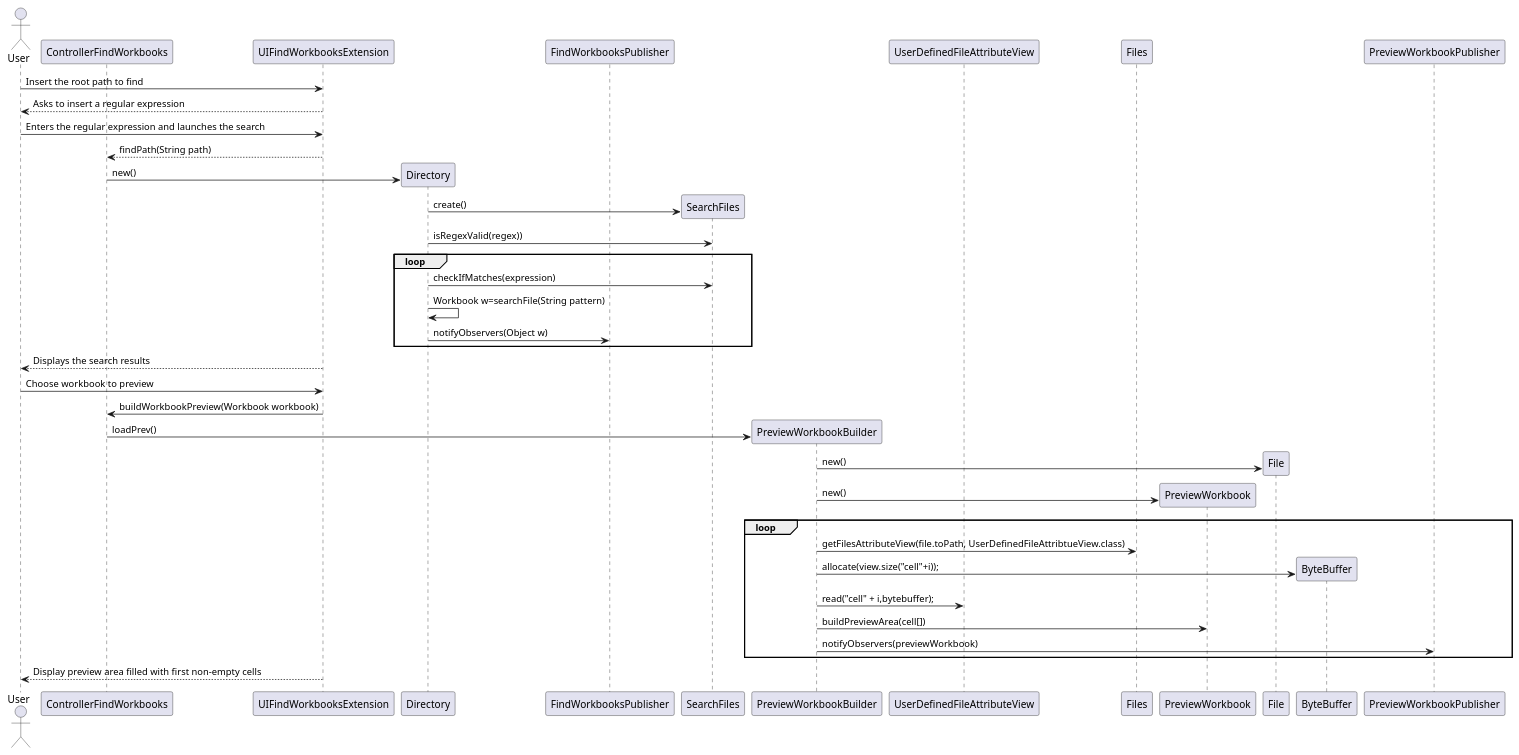
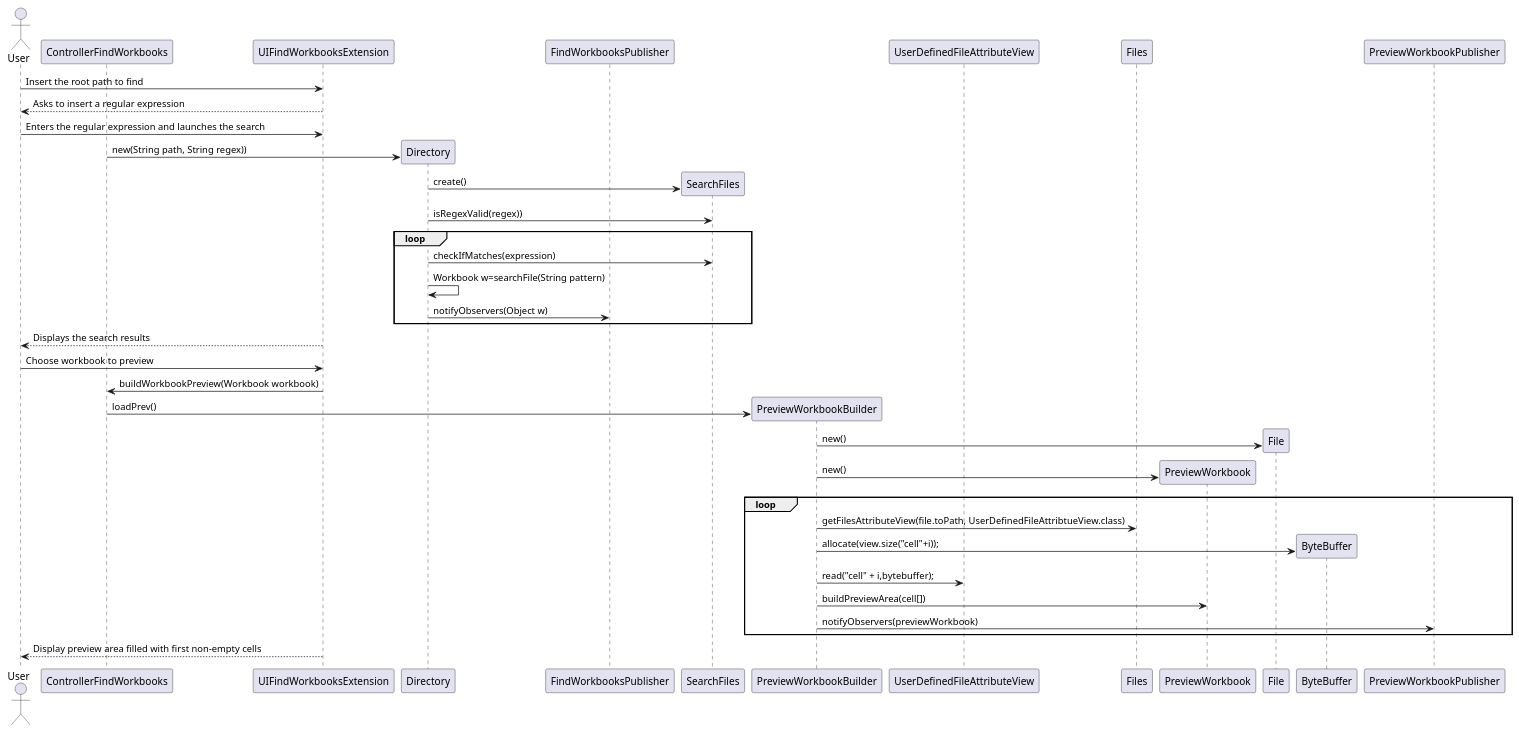
One commit to MikeTekOn/lapr4-2017-2dd changed the diagram in src/main/java/lapr4/blue/s2/ipc/n1151088/advancedWorkbookSearch/ipc02_2_sd.puml. Above: the diagram before and after it, drawn with PlantUML. The commit also changed 2 other files, not shown here.

```diff
--- a/src/main/java/lapr4/blue/s2/ipc/n1151088/advancedWorkbookSearch/ipc02_2_sd.puml
+++ b/src/main/java/lapr4/blue/s2/ipc/n1151088/advancedWorkbookSearch/ipc02_2_sd.puml
@@ -1,50 +1,49 @@
 @startuml ipc02_2_sd.png
 
 actor User
 participant ControllerFindWorkbooks
 participant UIFindWorkbooksExtension
 participant Directory
 participant FindWorkbooksPublisher
 participant SearchFiles
 participant PreviewWorkbookBuilder
 participant UserDefinedFileAttributeView
 participant Files
 participant PreviewWorkbook
 
 User->UIFindWorkbooksExtension:Insert the root path to find
 UIFindWorkbooksExtension-->User: Asks to insert a regular expression
 User->UIFindWorkbooksExtension: Enters the regular expression and launches the search
-UIFindWorkbooksExtension-->ControllerFindWorkbooks:findPath(String path)
 create Directory
-ControllerFindWorkbooks->Directory:new()
+ControllerFindWorkbooks->Directory:new(String path, String regex))
 create SearchFiles
 Directory->SearchFiles:create()
 Directory -> SearchFiles: isRegexValid(regex))
 loop
 Directory->SearchFiles: checkIfMatches(expression)
 Directory->Directory:Workbook w=searchFile(String pattern)
 Directory->FindWorkbooksPublisher:notifyObservers(Object w)
 end
 User<--UIFindWorkbooksExtension: Displays the search results
 User->UIFindWorkbooksExtension: Choose workbook to preview
 UIFindWorkbooksExtension->ControllerFindWorkbooks:buildWorkbookPreview(Workbook workbook)
 create PreviewWorkbookBuilder
 ControllerFindWorkbooks->PreviewWorkbookBuilder:loadPrev()
 create File
 PreviewWorkbookBuilder->File: new()
 create PreviewWorkbook
 PreviewWorkbookBuilder->PreviewWorkbook: new()
 loop
 PreviewWorkbookBuilder->Files: getFilesAttributeView(file.toPath, UserDefinedFileAttribtueView.class)
 create UserDefinedFileAttributeView
 create ByteBuffer
 PreviewWorkbookBuilder->ByteBuffer: allocate(view.size("cell"+i));
 PreviewWorkbookBuilder->UserDefinedFileAttributeView: read("cell" + i,bytebuffer);
 PreviewWorkbookBuilder->PreviewWorkbook: buildPreviewArea(cell[])
 PreviewWorkbookBuilder->PreviewWorkbookPublisher: notifyObservers(previewWorkbook)
 end
 
 UIFindWorkbooksExtension-->User: Display preview area filled with first non-empty cells
 
 
 @enduml
```
